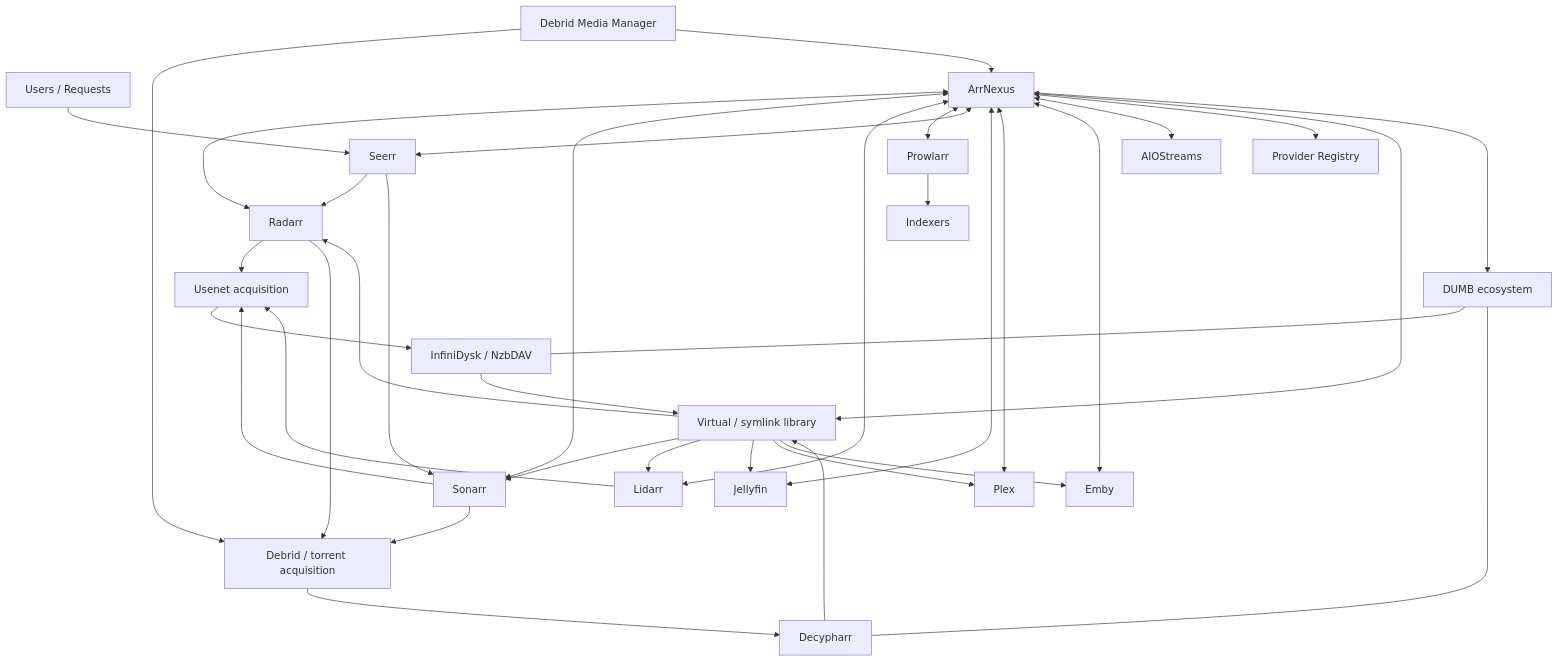
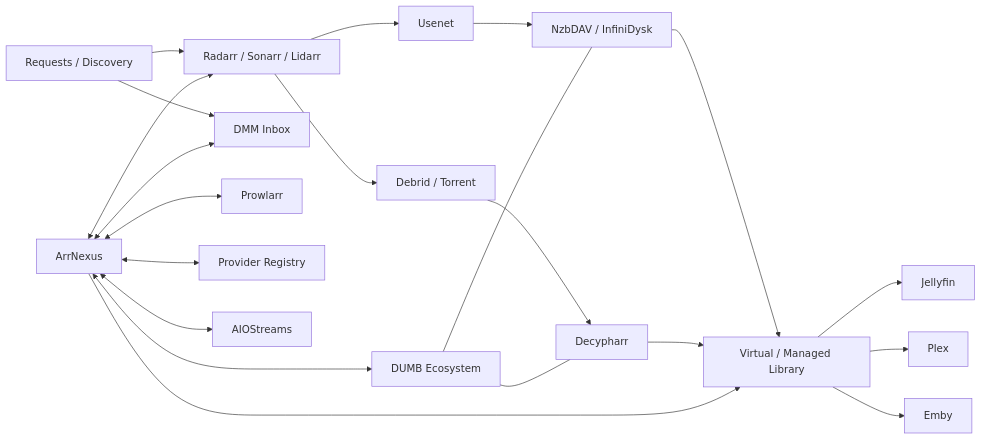
One commit to Fudmonk95/ArrNexus changed the diagram in README.md. Above: the diagram before and after it, drawn with Mermaid. The commit also changed other lines of this file and 4 other files, not shown here.

Commit message:
Publish ArrNexus v9.4.0-beta

````diff
--- a/README.md
+++ b/README.md
@@ -124,49 +105,28 @@
 ```mermaid
-flowchart TD
-    USERS[Users / Requests] --> SEERR[Seerr]
-    SEERR --> RADARR[Radarr]
-    SEERR --> SONARR[Sonarr]
+flowchart LR
+    USER[Requests / Discovery] --> ARR[Radarr / Sonarr / Lidarr]
+    USER --> DMM[DMM Inbox]
 
-    ARRNEXUS[ArrNexus] <--> RADARR
-    ARRNEXUS <--> SONARR
-    ARRNEXUS <--> LIDARR[Lidarr]
-    ARRNEXUS <--> PROWLARR[Prowlarr]
-    ARRNEXUS <--> SEERR
+    AN[ArrNexus] <--> ARR
+    AN <--> PROW[Prowlarr]
+    AN <--> DMM
+    AN <--> PROVIDERS[Provider Registry]
+    AN <--> AIO[AIOStreams]
 
-    ARRNEXUS <--> JF[Jellyfin]
-    ARRNEXUS <--> PLEX[Plex]
-    ARRNEXUS <--> EMBY[Emby]
+    ARR --> USE[Usenet]
+    ARR --> DEB[Debrid / Torrent]
+    USE --> NZB[NzbDAV / InfiniDysk]
+    DEB --> DEC[Decypharr]
 
-    PROWLARR --> INDEXERS[Indexers]
+    NZB --> LIB[Virtual / Managed Library]
+    DEC --> LIB
+    AN --> LIB
 
-    RADARR --> USENET[Usenet acquisition]
-    SONARR --> USENET
-    LIDARR --> USENET
+    LIB --> JF[Jellyfin]
+    LIB --> PLEX[Plex]
+    LIB --> EMBY[Emby]
 
-    RADARR --> DEBRID[Debrid / torrent acquisition]
-    SONARR --> DEBRID
-
-    USENET --> INFINI[InfiniDysk / NzbDAV]
-    DEBRID --> DECYPHARR[Decypharr]
-
-    DMM[Debrid Media Manager] --> DEBRID
-    DMM --> ARRNEXUS
-
-    ARRNEXUS <--> AIO[AIOStreams]
-    ARRNEXUS <--> PROVIDERS[Provider Registry]
-
-    INFINI --> VIRTUAL[Virtual / symlink library]
-    DECYPHARR --> VIRTUAL
-    ARRNEXUS --> VIRTUAL
-
-    VIRTUAL --> RADARR
-    VIRTUAL --> SONARR
-    VIRTUAL --> LIDARR
-    VIRTUAL --> JF
-    VIRTUAL --> PLEX
-    VIRTUAL --> EMBY
-
-    DUMB[DUMB ecosystem] --- INFINI
-    DUMB --- DECYPHARR
-    ARRNEXUS <--> DUMB
+    DUMB[DUMB Ecosystem] --- NZB
+    DUMB --- DEC
+    AN <--> DUMB
 ```
````
